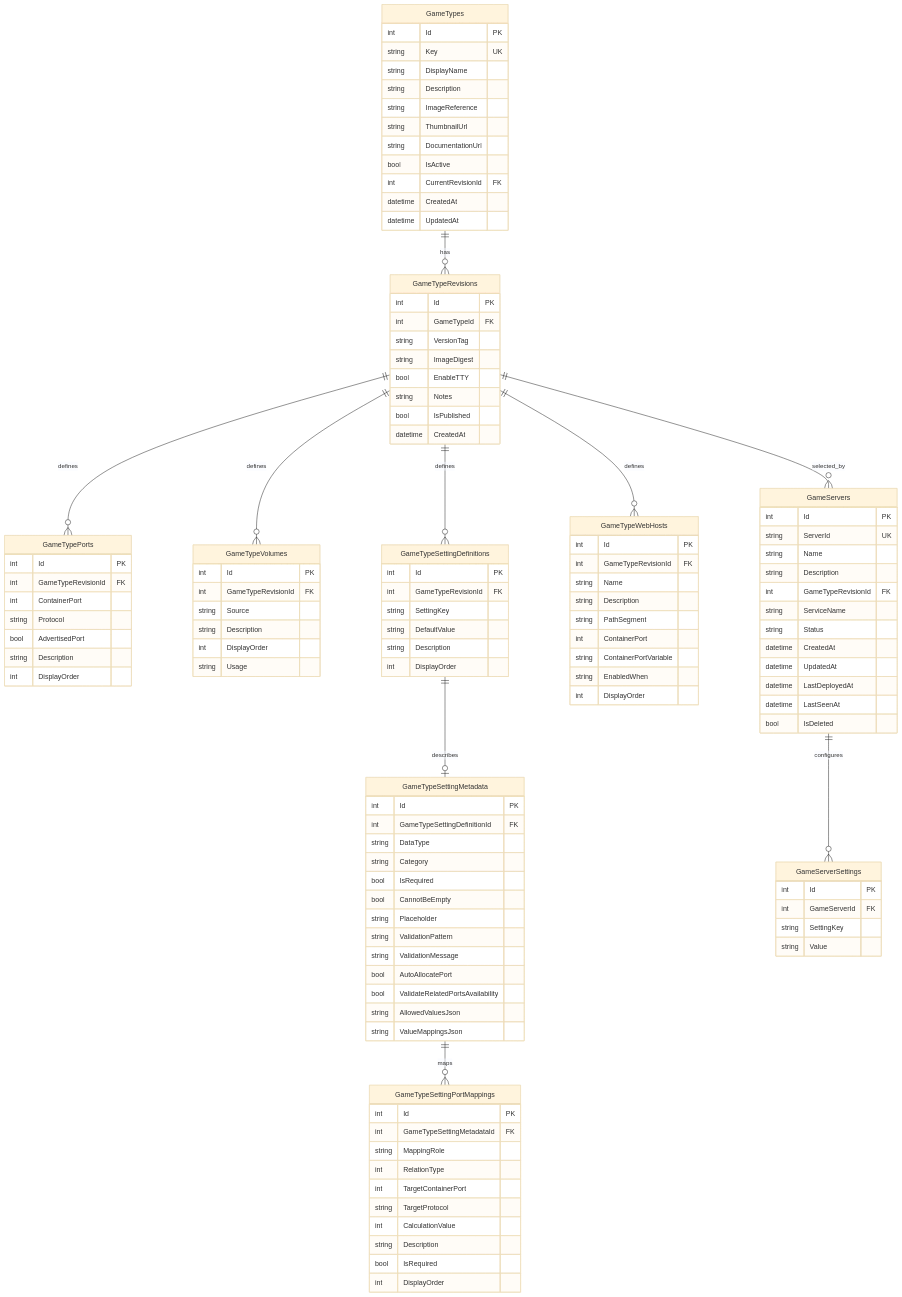
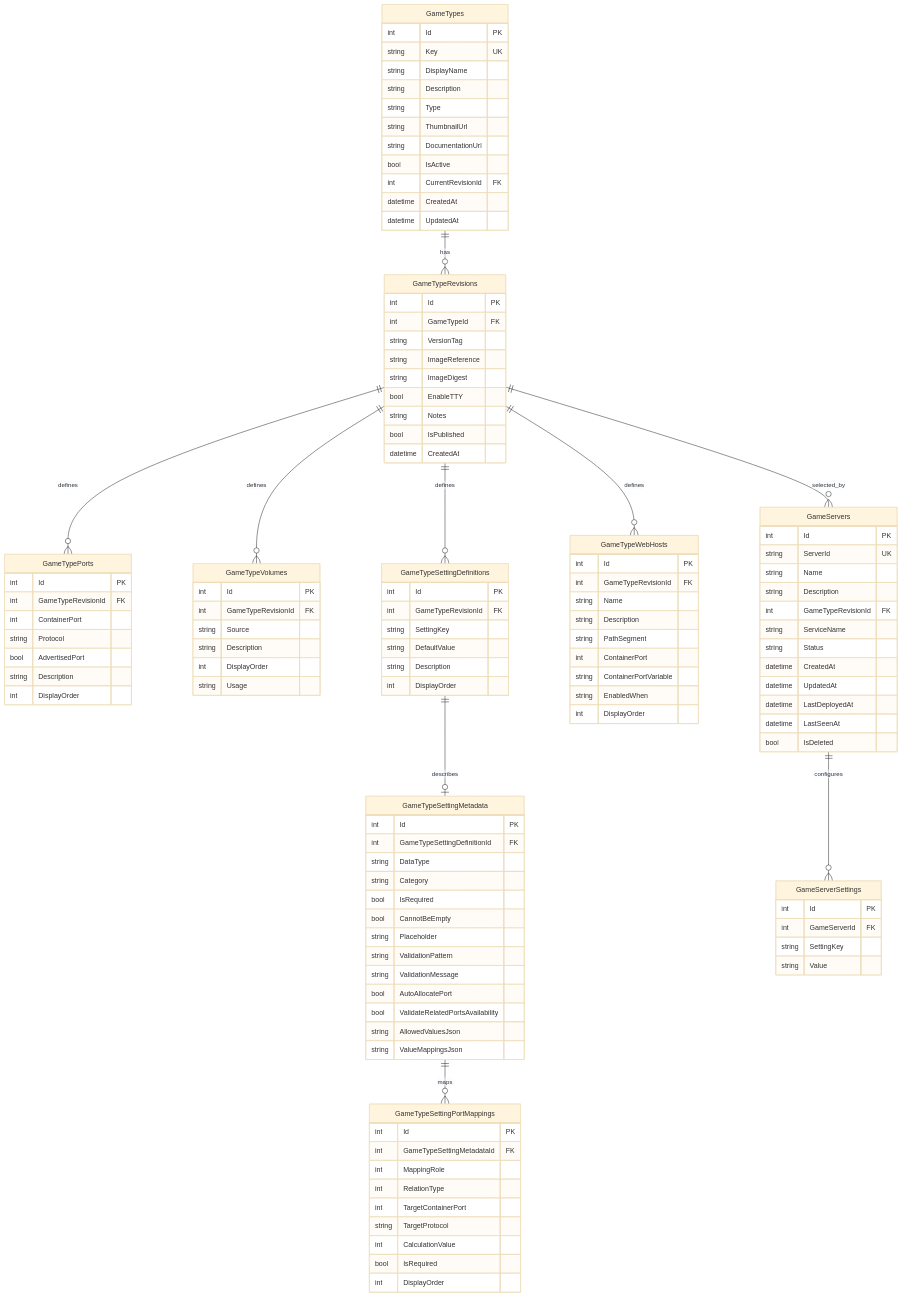
The first of 2 diagrams in docs/reference/V2-Database-Diagram.md (mbulava-org/GameServer.GUI), drawn with Mermaid (base theme) before and after one commit. The commit also changed other lines of this file and 44 other files, not shown here.

```diff
--- a/docs/reference/V2-Database-Diagram.md
+++ b/docs/reference/V2-Database-Diagram.md
@@ -11,7 +11,7 @@
         string Key UK
         string DisplayName
         string Description
-        string ImageReference
+        string Type
         string ThumbnailUrl
         string DocumentationUrl
         bool IsActive
@@ -24,6 +24,7 @@
         int Id PK
         int GameTypeId FK
         string VersionTag
+        string ImageReference
         string ImageDigest
         bool EnableTTY
         string Notes
@@ -78,12 +79,11 @@
     GameTypeSettingPortMappings {
         int Id PK
         int GameTypeSettingMetadataId FK
-        string MappingRole
+        int MappingRole
         int RelationType
         int TargetContainerPort
         string TargetProtocol
         int CalculationValue
-        string Description
         bool IsRequired
         int DisplayOrder
     }
```
